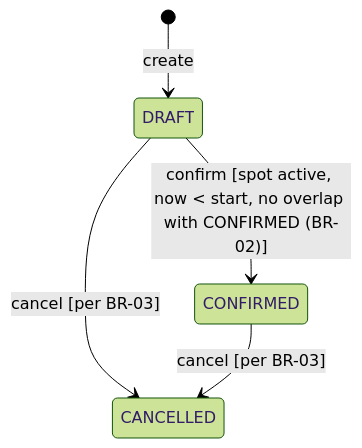
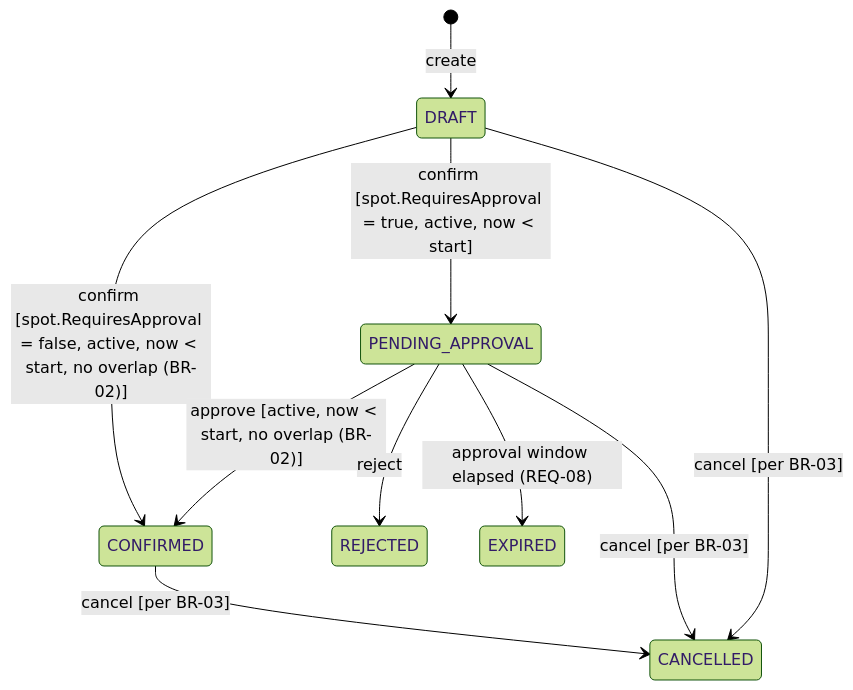
The second of 4 diagrams in docs/specification.md (Kenimos/SWI_Project_2026), drawn with Mermaid (forest theme) before and after one commit. The commit also changed other lines of this file and 17 other files, not shown here.

First line of the commit message:
C02 Part B: schvalovací proces (OP-05 Approve/Reject), Baseline v0.2 draft

````diff
--- a/docs/specification.md
+++ b/docs/specification.md
@@ -379,7 +407,12 @@
 ```mermaid
 stateDiagram-v2
     [*] --> DRAFT: create
-    DRAFT --> CONFIRMED: confirm [spot active, now < start, no overlap with CONFIRMED (BR-02)]
+    DRAFT --> CONFIRMED: confirm [spot.RequiresApproval = false, active, now < start, no overlap (BR-02)]
+    DRAFT --> PENDING_APPROVAL: confirm [spot.RequiresApproval = true, active, now < start]
+    PENDING_APPROVAL --> CONFIRMED: approve [active, now < start, no overlap (BR-02)]
+    PENDING_APPROVAL --> REJECTED: reject
+    PENDING_APPROVAL --> EXPIRED: approval window elapsed (REQ-08)
     DRAFT --> CANCELLED: cancel [per BR-03]
     CONFIRMED --> CANCELLED: cancel [per BR-03]
+    PENDING_APPROVAL --> CANCELLED: cancel [per BR-03]
 ```
````
